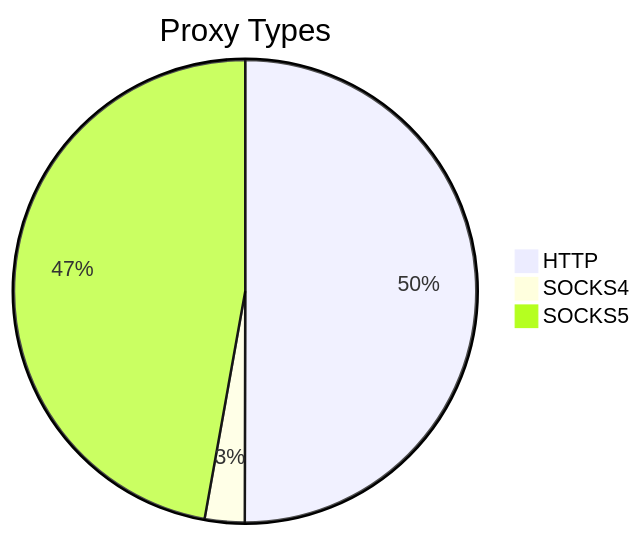
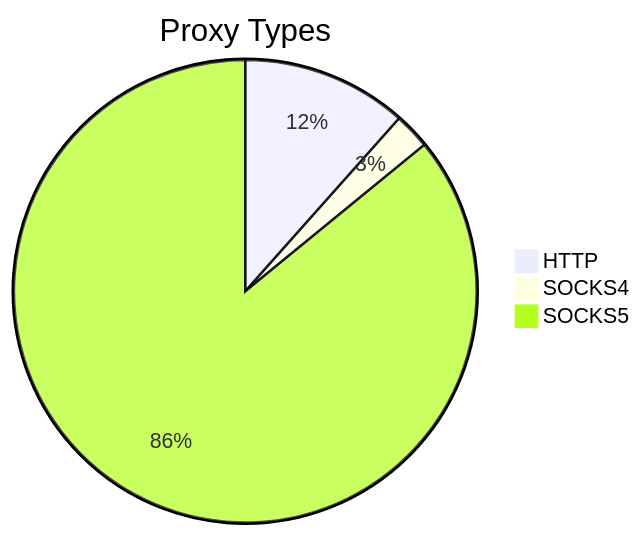
The first of 2 diagrams in README.md (stormsia/proxy-list), drawn with Mermaid before and after one commit. The commit also changed other lines of this file, not shown here.

````diff
--- a/README.md
+++ b/README.md
@@ -21,6 +21,6 @@
 ```mermaid
 pie title Proxy Types
-    "HTTP" : 791
-    "SOCKS4" : 44
-    "SOCKS5" : 746
+    "HTTP" : 170
+    "SOCKS4" : 37
+    "SOCKS5" : 1262
 ```
````
